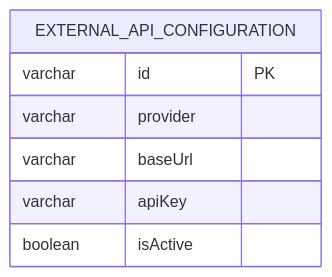
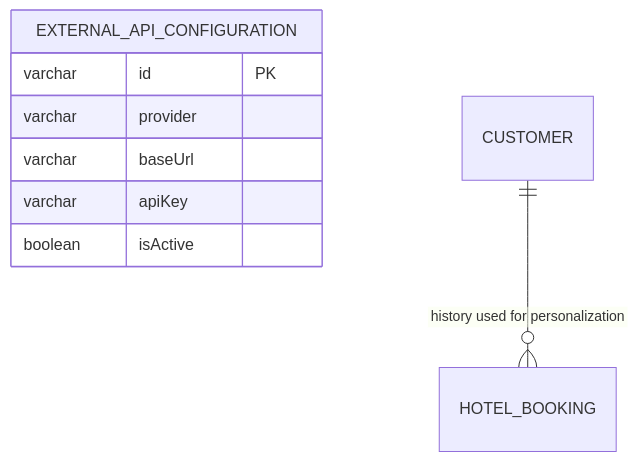
The third of 3 diagrams in diagrams/UC-01-search-hotels.md (Backend-Mentor-ORG/booking), drawn with Mermaid before and after one commit. The commit also changed other lines of this file and 4 other files, not shown here.

Commit message:
Enhance caching strategy for Flights and Hotels API, update use case diagrams and pseudocode for improved performance and personalization

````diff
--- a/diagrams/UC-01-search-hotels.md
+++ b/diagrams/UC-01-search-hotels.md
@@ -41,10 +72,11 @@
 ```mermaid
 erDiagram
   EXTERNAL_API_CONFIGURATION {
     varchar id PK
     varchar provider
     varchar baseUrl
     varchar apiKey
     boolean isActive
   }
+  CUSTOMER ||--o{ HOTEL_BOOKING : "history used for personalization"
 ```
````
